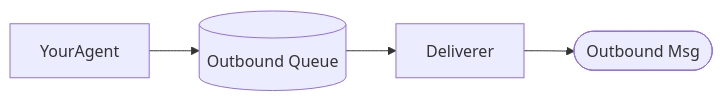
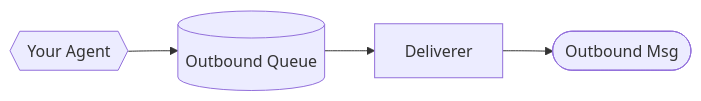
The third of 3 diagrams in README.md (bcgov/aries-acapy-plugin-redis-events), drawn with Mermaid before and after one commit. The commit also changed other lines of this file and 1 other file, not shown here.

````diff
--- a/README.md
+++ b/README.md
@@ -57,6 +57,6 @@
 ```mermaid
   flowchart LR;
-      YourAgent-->OutboundQueue[(Outbound Queue)];
+      YourAgent{{Your Agent}}-->OutboundQueue[(Outbound Queue)];
       OutboundQueue-->Deliverer;
       Deliverer-->OutboundMsg([Outbound Msg]);
 ```
````
